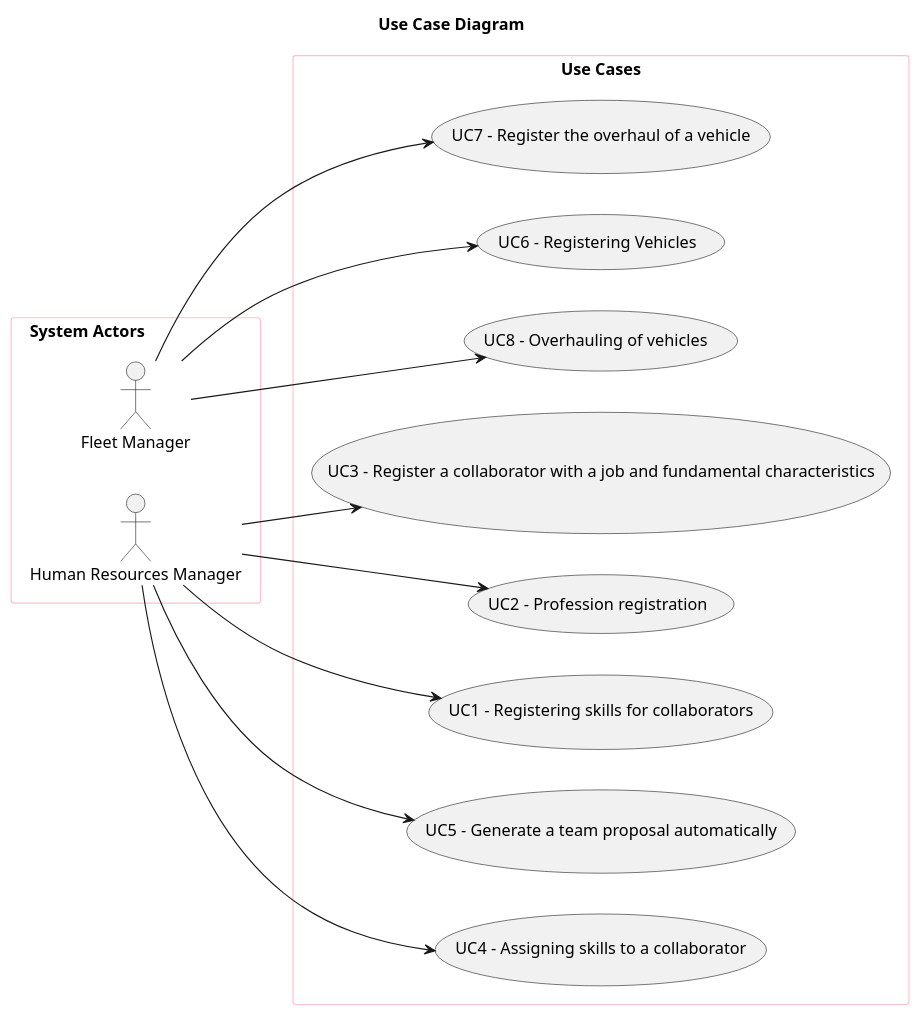
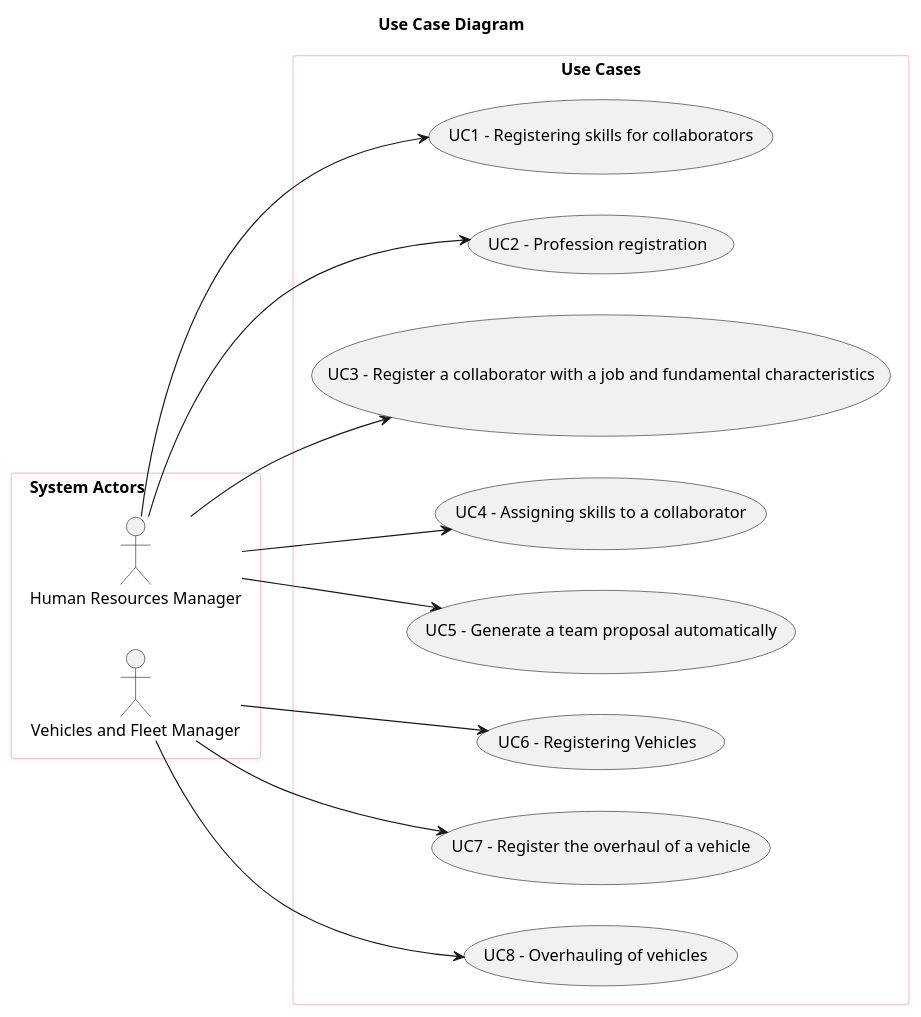
One commit to SAEmanuel/Green_Spaces_Management_ISEP changed the diagram in docs/sprintA/global-artifacts/01.requirements-engineering/puml/use-case-diagram.puml. Above: the diagram before and after it, drawn with PlantUML. The commit also changed 21 other files, not shown here.

```diff
--- a/docs/sprintA/global-artifacts/01.requirements-engineering/puml/use-case-diagram.puml
+++ b/docs/sprintA/global-artifacts/01.requirements-engineering/puml/use-case-diagram.puml
@@ -1,41 +1,42 @@
 @startuml
 'skinparam monochrome true
 skinparam packageStyle rectangle
 'skinparam shadowing false
 
 skinparam rectangle{
     BorderColor pink
 }
 
 title Use Case Diagram
 
 left to right direction
 
 rectangle "System Actors                       " as actors {
-    actor "Fleet Manager" as FM
     actor "Human Resources Manager" as HRM
+    actor "Vehicles and Fleet Manager" as FM
+
 }
 
 
 
 rectangle "Use Cases" as usecases{
+    usecase "UC1 - Registering skills for collaborators" as UC1
+    usecase "UC2 - Profession registration" as UC2
     usecase "UC3 - Register a collaborator with a job and fundamental characteristics" as UC3
-    usecase "UC2 - Profession registration" as UC2
-    usecase "UC1 - Registering skills for collaborators" as UC1
+    usecase "UC4 - Assigning skills to a collaborator" as UC4
     usecase "UC5 - Generate a team proposal automatically" as UC5
-    usecase "UC4 - Assigning skills to a collaborator" as UC4
+    usecase "UC6 - Registering Vehicles" as UC6
+    usecase "UC7 - Register the overhaul of a vehicle" as UC7
     usecase "UC8 - Overhauling of vehicles " as UC8
-    usecase "UC7 - Register the overhaul of a vehicle" as UC7
-    usecase "UC6 - Registering Vehicles" as UC6
     HRM --> UC1
     HRM --> UC2
     HRM --> UC3
     HRM --> UC4
     HRM --> UC5
     FM --> UC6
     FM --> UC7
     FM --> UC8
 }
 
 
 @enduml
```
